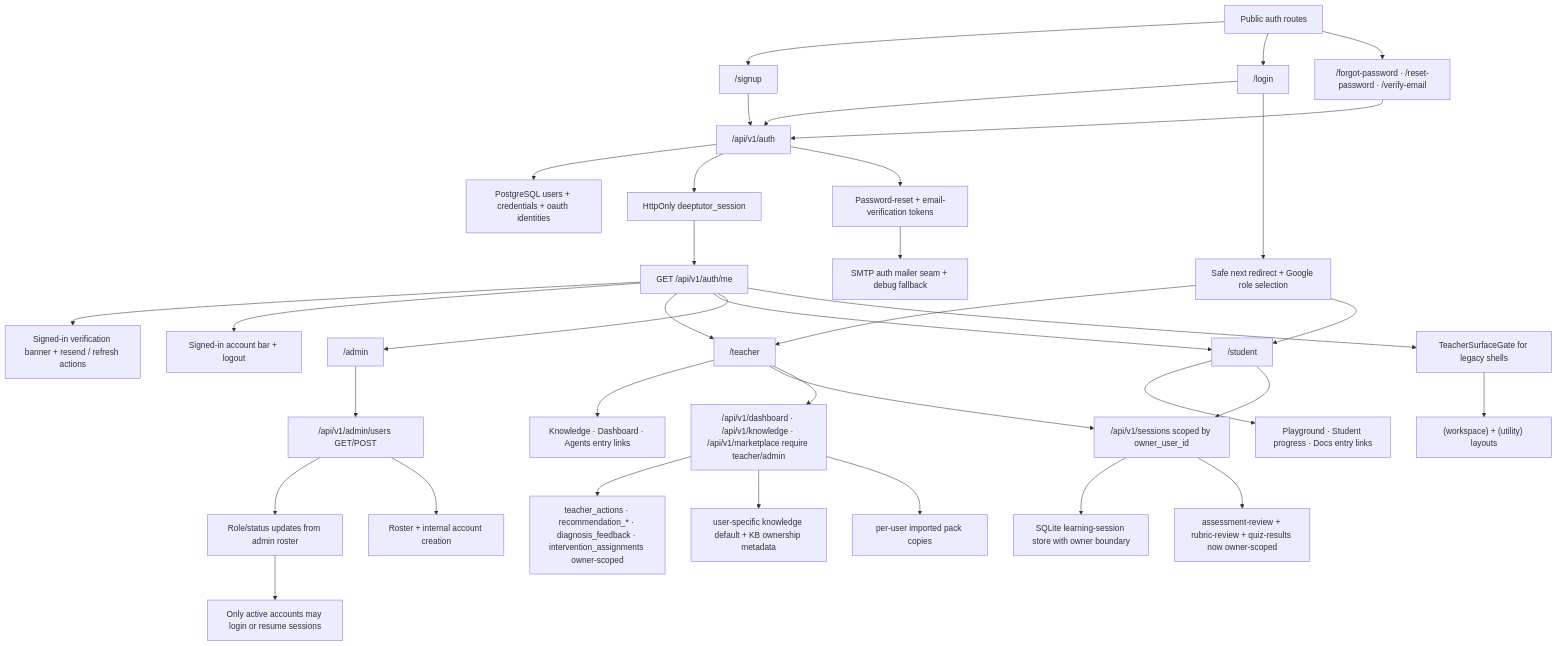
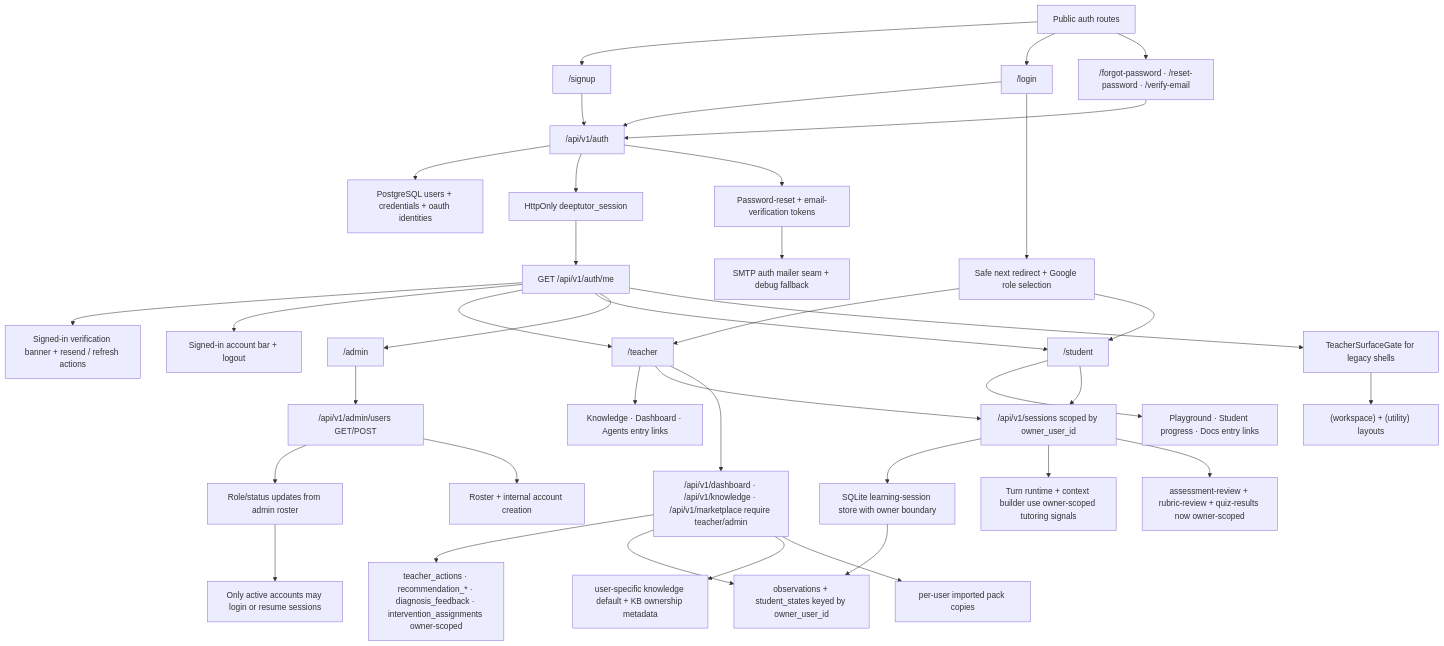
One commit to Creative-Science-Contest-2026/Multiagent-learning-platform changed the diagram in docs/superpowers/pr-notes/2026-05-02-auth-multi-user-foundation.md. Above: the diagram before and after it, drawn with Mermaid. The commit also changed other lines of this file and 9 other files, not shown here.

Commit message:
feat(auth): isolate tutoring and dashboard signals by owner [AUTH-MULTI-USER]

````diff
--- a/docs/superpowers/pr-notes/2026-05-02-auth-multi-user-foundation.md
+++ b/docs/superpowers/pr-notes/2026-05-02-auth-multi-user-foundation.md
@@ -27,38 +29,41 @@
 ```mermaid
 flowchart TD
   Public["Public auth routes"] --> Signup["/signup"]
   Public --> Login["/login"]
   Public --> Recovery["/forgot-password · /reset-password · /verify-email"]
   Login --> AuthAPI["/api/v1/auth"]
   Signup --> AuthAPI
   Recovery --> AuthAPI
   Login --> NextRedirect["Safe next redirect + Google role selection"]
   Me --> VerificationBanner["Signed-in verification banner + resend / refresh actions"]
   Me --> AccountBar["Signed-in account bar + logout"]
   AdminUsersAPI --> AccountLifecycle["Role/status updates from admin roster"]
   AuthAPI --> Users["PostgreSQL users + credentials + oauth identities"]
   AuthAPI --> Sessions["HttpOnly deeptutor_session"]
   AuthAPI --> OneTimeTokens["Password-reset + email-verification tokens"]
   OneTimeTokens --> AuthMailer["SMTP auth mailer seam + debug fallback"]
   AdminShell --> AdminUsersAPI["/api/v1/admin/users GET/POST"]
   AdminUsersAPI --> AdminPanel["Roster + internal account creation"]
   Sessions --> Me["GET /api/v1/auth/me"]
   Me --> TeacherShell["/teacher"]
   Me --> StudentShell["/student"]
   Me --> AdminShell["/admin"]
   NextRedirect --> TeacherShell
   NextRedirect --> StudentShell
   TeacherShell --> TeacherHub["Knowledge · Dashboard · Agents entry links"]
   StudentShell --> StudentHub["Playground · Student progress · Docs entry links"]
   Me --> TeacherGate["TeacherSurfaceGate for legacy shells"]
   TeacherGate --> LegacyShells["(workspace) + (utility) layouts"]
   TeacherShell --> OwnedSessionAPI["/api/v1/sessions scoped by owner_user_id"]
   StudentShell --> OwnedSessionAPI
   OwnedSessionAPI --> SQLiteStore["SQLite learning-session store with owner boundary"]
+  SQLiteStore --> ScopedSignals["observations + student_states keyed by owner_user_id"]
+  OwnedSessionAPI --> TurnRuntime["Turn runtime + context builder use owner-scoped tutoring signals"]
   OwnedSessionAPI --> ReviewFlows["assessment-review + rubric-review + quiz-results now owner-scoped"]
   TeacherShell --> TeacherFirstAPIs["/api/v1/dashboard · /api/v1/knowledge · /api/v1/marketplace require teacher/admin"]
   TeacherFirstAPIs --> DashboardEvidence["teacher_actions · recommendation_* · diagnosis_feedback · intervention_assignments owner-scoped"]
+  TeacherFirstAPIs --> ScopedSignals
   TeacherFirstAPIs --> KnowledgeDefaults["user-specific knowledge default + KB ownership metadata"]
   TeacherFirstAPIs --> MarketplaceImports["per-user imported pack copies"]
   AccountLifecycle --> ActiveOnlyAuth["Only active accounts may login or resume sessions"]
 ```
````
